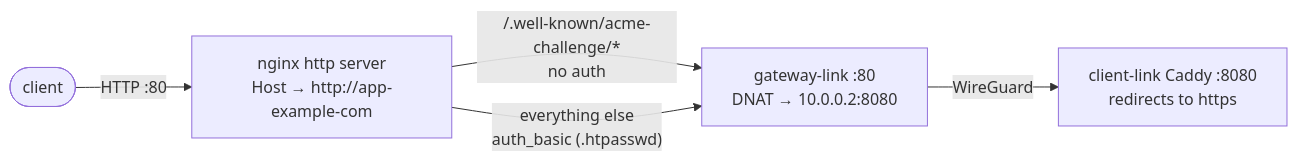
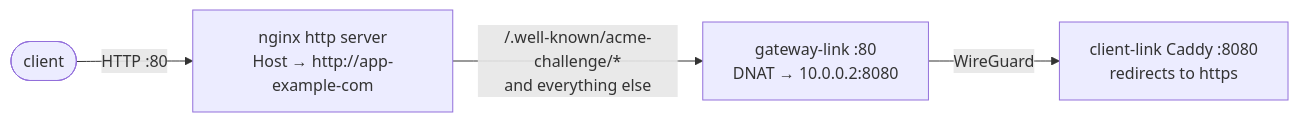
One commit to PedroMartinSteenstrup/selfhosted-gateway changed the third of 5 diagrams in docs/architecture.md. Above: the diagram before and after it, drawn with Mermaid. The commit also changed other lines of this file and 2 other files, not shown here.

First line of the commit message:
gateway: drop the nginx basic auth on port 80

````diff
--- a/docs/architecture.md
+++ b/docs/architecture.md
@@ -65,7 +65,6 @@
 ```mermaid
 flowchart LR
     c(["client"]) -- "HTTP :80" --> h["nginx http server<br/>Host → http://app-example-com"]
-    h -- "/.well-known/acme-challenge/*<br/>no auth" --> l80["gateway-link :80<br/>DNAT → 10.0.0.2:8080"]
-    h -- "everything else<br/>auth_basic (.htpasswd)" --> l80
+    h -- "/.well-known/acme-challenge/*<br/>and everything else" --> l80["gateway-link :80<br/>DNAT → 10.0.0.2:8080"]
     l80 -- WireGuard --> caddy["client-link Caddy :8080<br/>redirects to https"]
 ```
````
